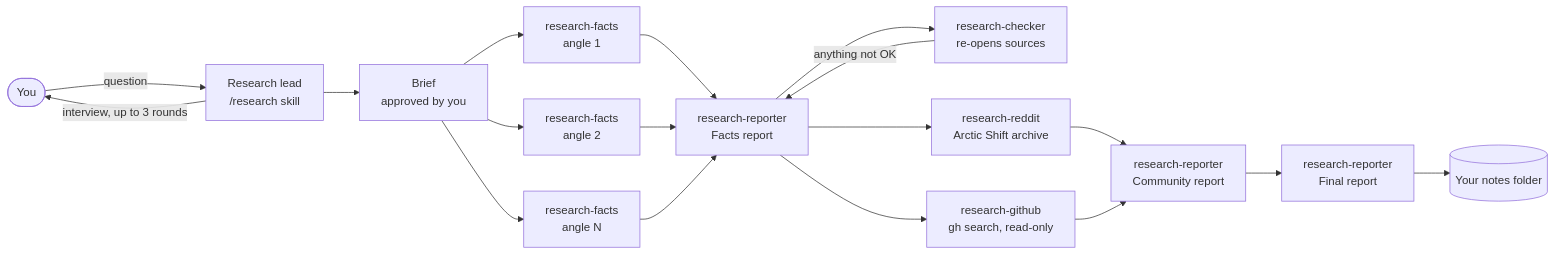
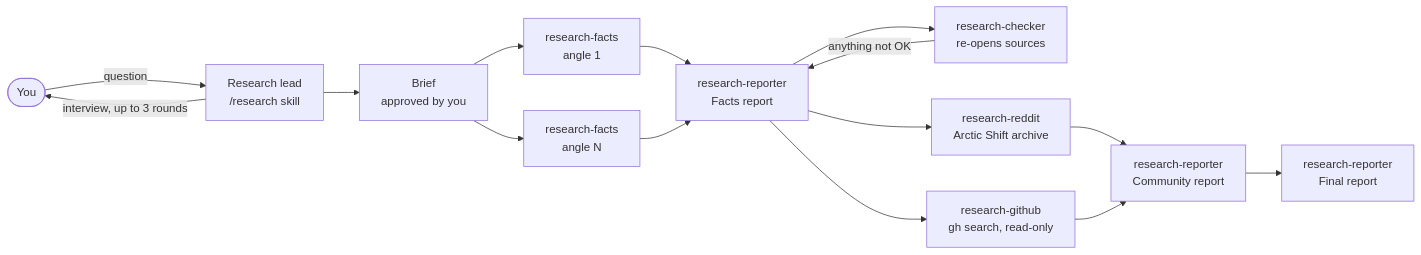
The first of 2 diagrams in README.md (Jibbithy/claude-code-skills), drawn with Mermaid before and after one commit. The commit also changed other lines of this file and 3 other files, not shown here.

````diff
--- a/README.md
+++ b/README.md
@@ -11,17 +39,15 @@
 ```mermaid
 flowchart LR
   U([You]) -->|question| L[Research lead<br/>/research skill]
   L -->|interview, up to 3 rounds| U
   L --> B[Brief<br/>approved by you]
   B --> F1[research-facts<br/>angle 1]
-  B --> F2[research-facts<br/>angle 2]
-  B --> F3[research-facts<br/>angle N]
-  F1 & F2 & F3 --> RF[research-reporter<br/>Facts report]
+  B --> F2[research-facts<br/>angle N]
+  F1 & F2 --> RF[research-reporter<br/>Facts report]
   RF --> C[research-checker<br/>re-opens sources]
   C -->|anything not OK| RF
   RF --> RD[research-reddit<br/>Arctic Shift archive]
   RF --> GH[research-github<br/>gh search, read-only]
   RD & GH --> RC[research-reporter<br/>Community report]
   RC --> FIN[research-reporter<br/>Final report]
-  FIN --> V[(Your notes folder)]
 ```
````
